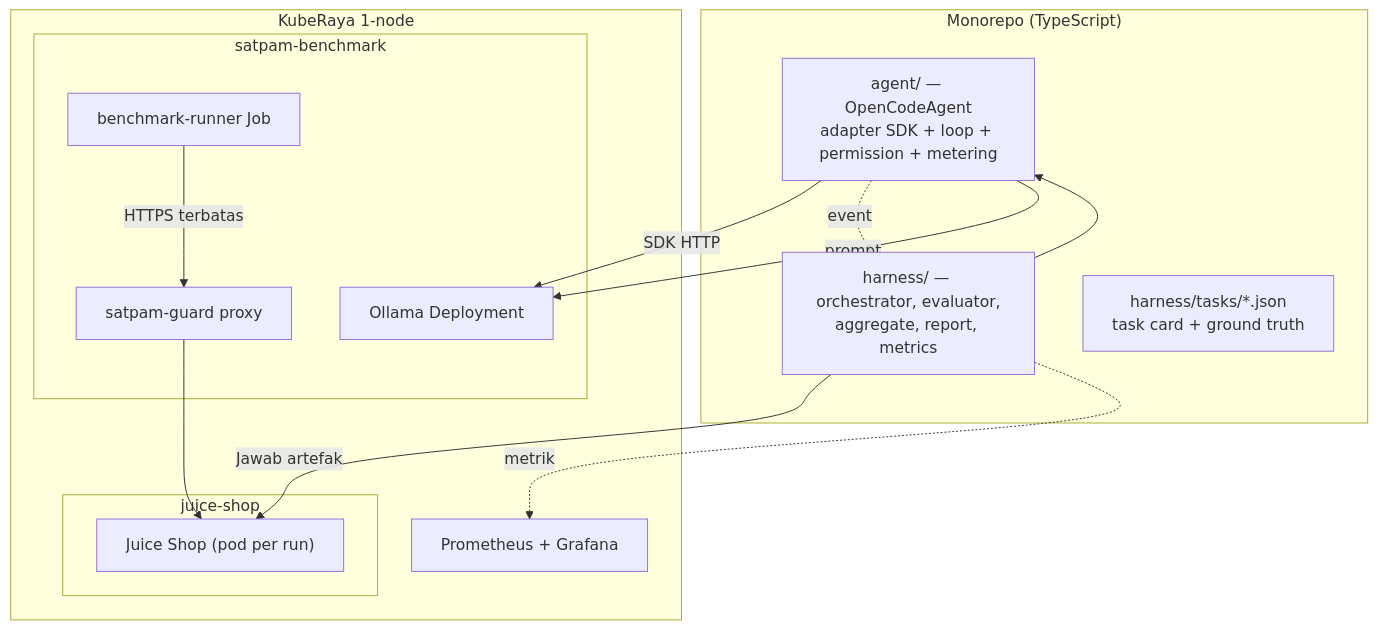
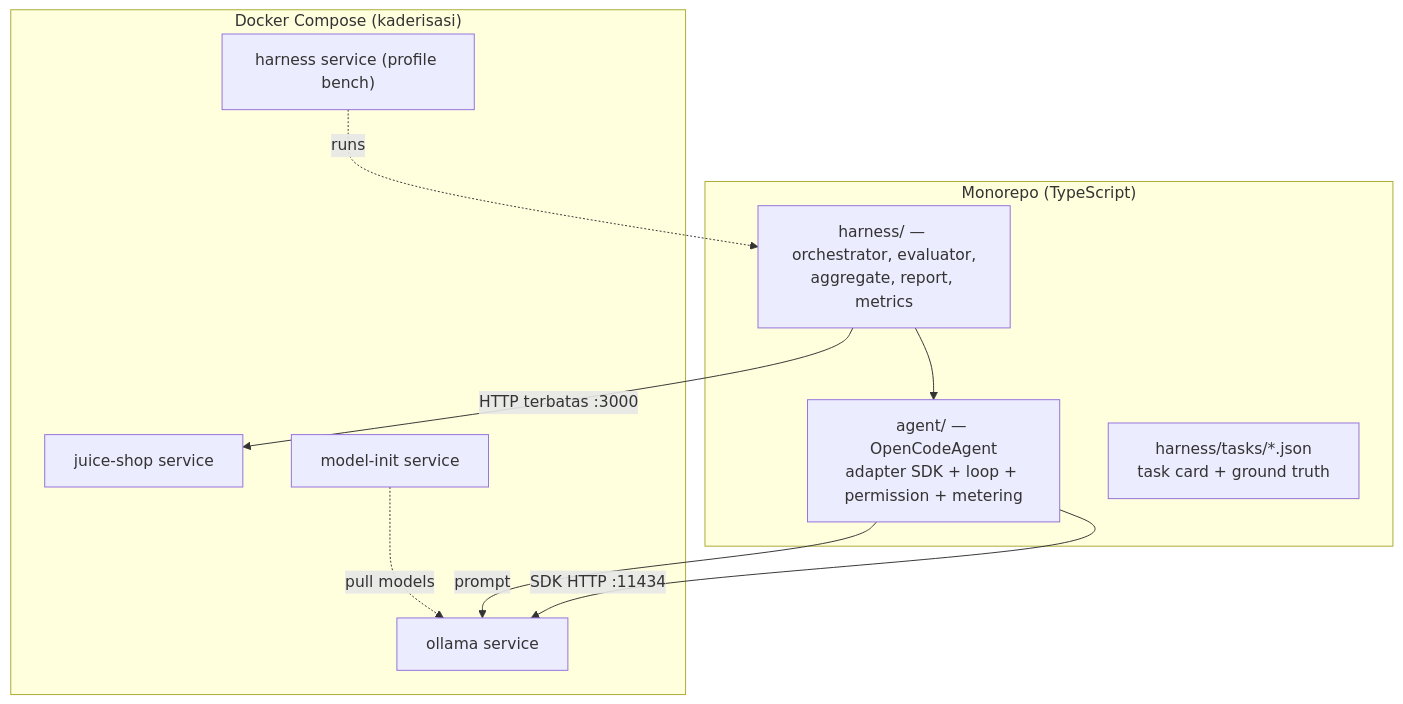
Before and after one commit to bungkot/Kaderisasi: the diagram in docs/06-review-arsitektur-dan-harness.md, drawn with Mermaid. The commit also changed other lines of this file and 20 other files, not shown here.

First line of the commit message:
Refactor infrastructure setup: transition from KubeRaya to Docker Compose

````diff
--- a/docs/06-review-arsitektur-dan-harness.md
+++ b/docs/06-review-arsitektur-dan-harness.md
@@ -317,28 +312,22 @@
 ```mermaid
 flowchart TB
     subgraph Repo["Monorepo (TypeScript)"]
         A["agent/ — OpenCodeAgent<br/>adapter SDK + loop + permission + metering"]
         H["harness/ — orchestrator, evaluator,<br/>aggregate, report, metrics"]
         T["harness/tasks/*.json<br/>task card + ground truth"]
     end
 
-    subgraph K8s["KubeRaya 1-node"]
-        subgraph NSB["satpam-benchmark"]
-            J["benchmark-runner Job"]
-            O["Ollama Deployment"]
-            G["satpam-guard proxy"]
-        end
-        subgraph NSJ["juice-shop"]
-            JS["Juice Shop (pod per run)"]
-        end
-        MON["Prometheus + Grafana"]
+    subgraph DC["Docker Compose (kaderisasi)"]
+        J["harness service (profile bench)"]
+        O["ollama service"]
+        JS["juice-shop service"]
+        MI["model-init service"]
     end
 
     H --> A
-    A -->|SDK HTTP| O
-    H -->|Jawab artefak| JS
-    A -.event.-> H
-    J -->|HTTPS terbatas| G --> JS
+    A -->|SDK HTTP :11434| O
+    H -->|HTTP terbatas :3000| JS
+    MI -.pull models.-> O
     A -->|prompt| O
-    H -.metrik.-> MON
+    J -.runs.-> H
 ```
````
